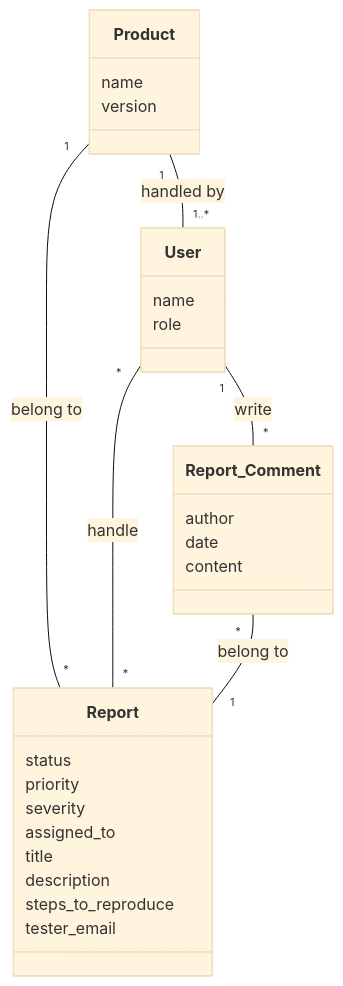
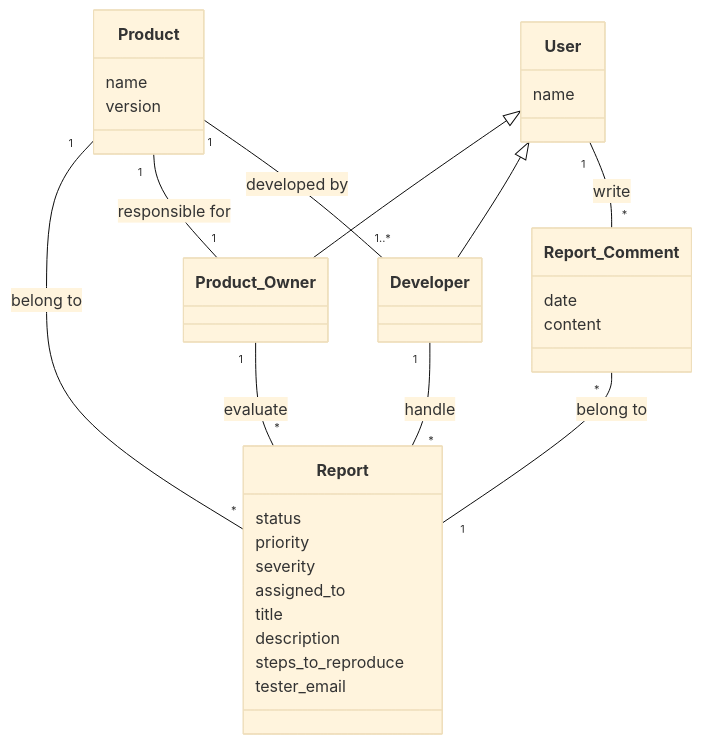
Before and after one commit to LinChengHao3606307/COMP_3297_Group_G_Project: the diagram in README.md, drawn with Mermaid (base theme).

Commit message:
Add abstract class in domain model

````diff
--- a/README.md
+++ b/README.md
@@ -36,44 +36,45 @@
 ```mermaid
 classDiagram
+
+    User <|-- Product_Owner 
+    User <|-- Developer
     
     Product "1" -- "*" Report : belong to
-    Product "1" -- "1..*" User : handled by
-
-    
+    Product "1" -- "1" Product_Owner : responsible for
+    Product "1" -- "1..*" Developer : developed by
     
     User "1" -- "*" Report_Comment : write
 
-    User "*" -- "*" Report : handle
+    Developer "1" -- "*" Report : handle
+    Product_Owner "1" -- "*" Report : evaluate
 
     Report_Comment "*" -- "1" Report : belong to
 
 
     class Product{
         name
         version
     }
 
     class Report{
         status
         priority
         severity
         assigned_to
         title
         description
         steps_to_reproduce
         tester_email
     }
 
     class Report_Comment{
-        author
         date
         content
     }
 
     class User{
         name
-        role
     }
     
 
 ```
````
